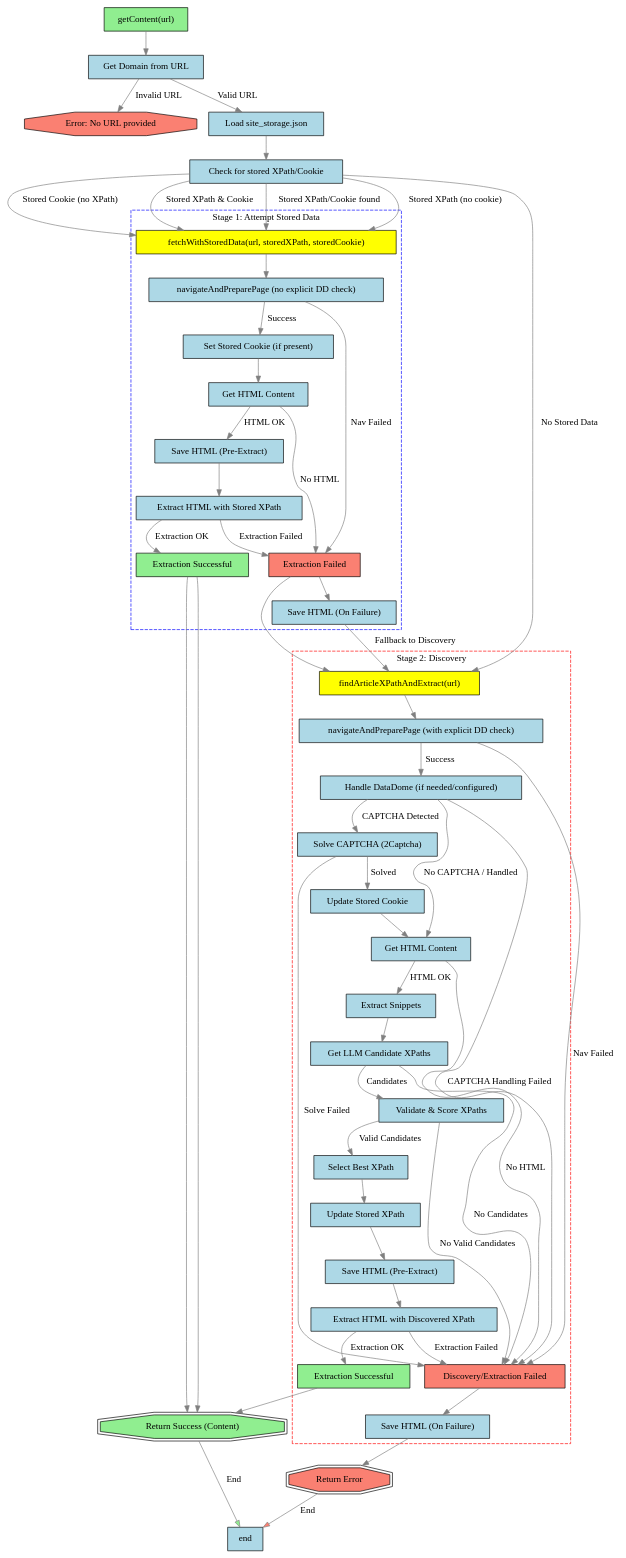
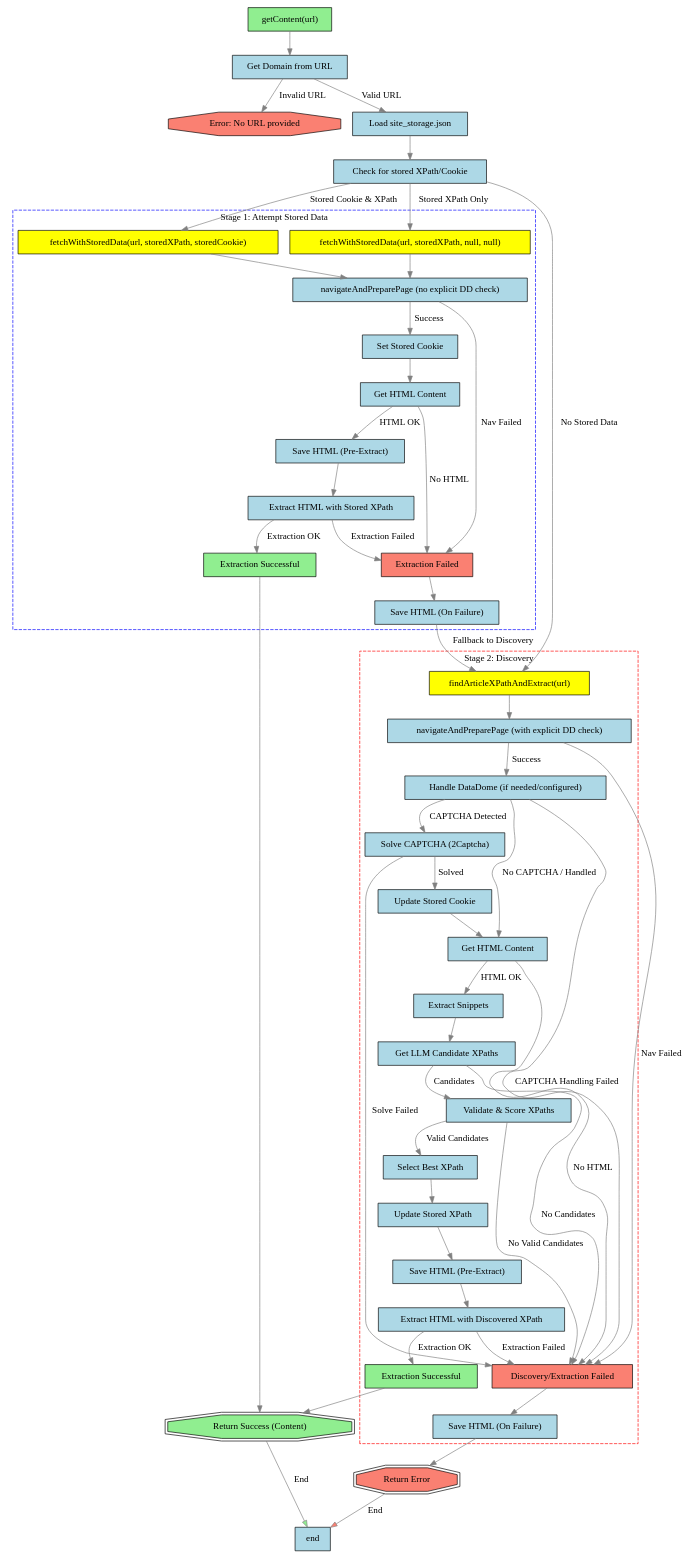
One commit to bogorad/smartScraper changed the diagram in smartScraper2.dot. Above: the diagram before and after it, drawn with Graphviz.

Commit message:
docs: Update smartScraper2 flowchart to reflect logic

```diff
--- a/smartScraper2.dot
+++ b/smartScraper2.dot
@@ -1,132 +1,129 @@
 digraph execution_logic {
     node[shape=box, style=filled, fillcolor=lightblue];
     edge[color=gray];
 
     start[label="getContent(url)", fillcolor=lightgreen];
     no_url_error[label="Error: No URL provided", shape=octagon, fillcolor=salmon];
     get_domain[label="Get Domain from URL"];
     load_storage[label="Load site_storage.json"];
     check_stored_data[label="Check for stored XPath/Cookie"];
 
     // Stage 1: Attempt with Stored Data
     subgraph cluster_stage1 {
         label = "Stage 1: Attempt Stored Data";
         style=dashed;
         color=blue;
 
-        fetch_stored[label="fetchWithStoredData(url, storedXPath, storedCookie)", fillcolor=yellow];
+        attempt_with_cookie_xpath[label="fetchWithStoredData(url, storedXPath, storedCookie)", fillcolor=yellow];
+        attempt_with_xpath_only[label="fetchWithStoredData(url, storedXPath, null, null)", fillcolor=yellow];
+
         nav_prep_stored[label="navigateAndPreparePage (no explicit DD check)"];
-        set_cookie[label="Set Stored Cookie (if present)"];
+        set_cookie[label="Set Stored Cookie"];
         get_html_stored[label="Get HTML Content"];
         save_html_pre_extract_stored[label="Save HTML (Pre-Extract)"];
         extract_with_stored_xpath[label="Extract HTML with Stored XPath"];
         stored_fetch_success[label="Extraction Successful", fillcolor=lightgreen];
         stored_fetch_fail[label="Extraction Failed", fillcolor=salmon];
         save_html_on_fail_stored[label="Save HTML (On Failure)"];
     }
 
     // Stage 2: Fallback to Discovery
     subgraph cluster_stage2 {
         label = "Stage 2: Discovery";
         style=dashed;
         color=red;
 
         find_xpath_extract[label="findArticleXPathAndExtract(url)", fillcolor=yellow];
         nav_prep_discovery[label="navigateAndPreparePage (with explicit DD check)"];
         handle_datadome[label="Handle DataDome (if needed/configured)"];
         solve_captcha[label="Solve CAPTCHA (2Captcha)"];
-        update_stored_cookie[label="Update Stored Cookie"];
+        update_stored_cookie_discovery[label="Update Stored Cookie"];
         get_html_discovery[label="Get HTML Content"];
         extract_snippets[label="Extract Snippets"];
         get_llm_candidates[label="Get LLM Candidate XPaths"];
         validate_score_xpaths[label="Validate & Score XPaths"];
         select_best_xpath[label="Select Best XPath"];
         update_stored_xpath[label="Update Stored XPath"];
         save_html_pre_extract_discovery[label="Save HTML (Pre-Extract)"];
         extract_with_discovered_xpath[label="Extract HTML with Discovered XPath"];
         discovery_success[label="Extraction Successful", fillcolor=lightgreen];
         discovery_fail[label="Discovery/Extraction Failed", fillcolor=salmon];
         save_html_on_fail_discovery[label="Save HTML (On Failure)"];
     }
 
     return_success[label="Return Success (Content)", shape=doubleoctagon, fillcolor=lightgreen];
     return_error[label="Return Error", shape=doubleoctagon, fillcolor=salmon];
 
     // Connections
     start -> get_domain;
     get_domain -> no_url_error[label="Invalid URL"];
     get_domain -> load_storage[label="Valid URL"];
     load_storage -> check_stored_data;
 
     // Logic based on stored data
-    check_stored_data -> fetch_stored[label="Stored XPath/Cookie found"];
+    check_stored_data -> attempt_with_cookie_xpath[label="Stored Cookie & XPath"];
+    check_stored_data -> attempt_with_xpath_only[label="Stored XPath Only"];
     check_stored_data -> find_xpath_extract[label="No Stored Data"]; // Direct to discovery if nothing stored
 
-    // Stage 1 Flow
-    fetch_stored -> nav_prep_stored;
+    // Stage 1 Flow (Attempt with Cookie & XPath)
+    attempt_with_cookie_xpath -> nav_prep_stored;
     nav_prep_stored -> set_cookie[label="Success"];
     nav_prep_stored -> stored_fetch_fail[label="Nav Failed"];
     set_cookie -> get_html_stored;
     get_html_stored -> save_html_pre_extract_stored[label="HTML OK"];
     get_html_stored -> stored_fetch_fail[label="No HTML"];
     save_html_pre_extract_stored -> extract_with_stored_xpath;
     extract_with_stored_xpath -> stored_fetch_success[label="Extraction OK"];
     extract_with_stored_xpath -> stored_fetch_fail[label="Extraction Failed"];
+
+    // Stage 1 Flow (Attempt with XPath Only)
+    attempt_with_xpath_only -> nav_prep_stored; // Reuses same nav_prep logic
+    // nav_prep_stored -> stored_fetch_fail[label="Nav Failed"]; // Already linked above
+    // get_html_stored -> save_html_pre_extract_stored[label="HTML OK"]; // Already linked above
+    // get_html_stored -> stored_fetch_fail[label="No HTML"]; // Already linked above
+    // save_html_pre_extract_stored -> extract_with_stored_xpath; // Already linked above
+    // extract_with_stored_xpath -> stored_fetch_success[label="Extraction OK"]; // Already linked above
+    // extract_with_stored_xpath -> stored_fetch_fail[label="Extraction Failed"]; // Already linked above
 
     stored_fetch_success -> return_success;
     stored_fetch_fail -> save_html_on_fail_stored;
     save_html_on_fail_stored -> find_xpath_extract[label="Fallback to Discovery"]; // If Stage 1 fails, try Stage 2
 
     // Stage 2 Flow (Discovery)
     find_xpath_extract -> nav_prep_discovery;
     nav_prep_discovery -> handle_datadome[label="Success"];
     nav_prep_discovery -> discovery_fail[label="Nav Failed"];
 
     handle_datadome -> solve_captcha[label="CAPTCHA Detected"];
     handle_datadome -> get_html_discovery[label="No CAPTCHA / Handled"];
     handle_datadome -> discovery_fail[label="CAPTCHA Handling Failed"];
 
-    solve_captcha -> update_stored_cookie[label="Solved"];
+    solve_captcha -> update_stored_cookie_discovery[label="Solved"];
     solve_captcha -> discovery_fail[label="Solve Failed"];
-    update_stored_cookie -> get_html_discovery;
+    update_stored_cookie_discovery -> get_html_discovery;
 
     get_html_discovery -> extract_snippets[label="HTML OK"];
     get_html_discovery -> discovery_fail[label="No HTML"];
 
     extract_snippets -> get_llm_candidates;
     get_llm_candidates -> validate_score_xpaths[label="Candidates"];
     get_llm_candidates -> discovery_fail[label="No Candidates"];
 
     validate_score_xpaths -> select_best_xpath[label="Valid Candidates"];
     validate_score_xpaths -> discovery_fail[label="No Valid Candidates"];
 
     select_best_xpath -> update_stored_xpath;
     update_stored_xpath -> save_html_pre_extract_discovery;
     save_html_pre_extract_discovery -> extract_with_discovered_xpath;
     extract_with_discovered_xpath -> discovery_success[label="Extraction OK"];
     extract_with_discovered_xpath -> discovery_fail[label="Extraction Failed"];
 
     discovery_success -> return_success;
     discovery_fail -> save_html_on_fail_discovery;
     save_html_on_fail_discovery -> return_error; // If Stage 2 fails, return error
 
     // Final returns
     return_success -> end[label="End", shape=circle, fillcolor=lightgreen];
     return_error -> end[label="End", shape=circle, fillcolor=salmon];
 
-    // Add edges for the case where Stage 1 fails and triggers Stage 2
-    stored_fetch_fail -> find_xpath_extract; // Explicitly show fallback
-
-    // Add edges for the case where Stage 1 succeeds and we skip Stage 2
-    stored_fetch_success -> return_success; // Already there, but reinforces the skip
-
-    // Add edge for the case where Stage 1 has XPath but no cookie, still attempts fetch_stored
-    check_stored_data -> fetch_stored[label="Stored XPath (no cookie)"];
-
-    // Add edge for the case where Stage 1 has cookie but no XPath, still attempts fetch_stored
-    check_stored_data -> fetch_stored[label="Stored Cookie (no XPath)"];
-
-    // Add edge for the case where Stage 1 has both cookie and XPath
-    check_stored_data -> fetch_stored[label="Stored XPath & Cookie"];
-
 }
```
